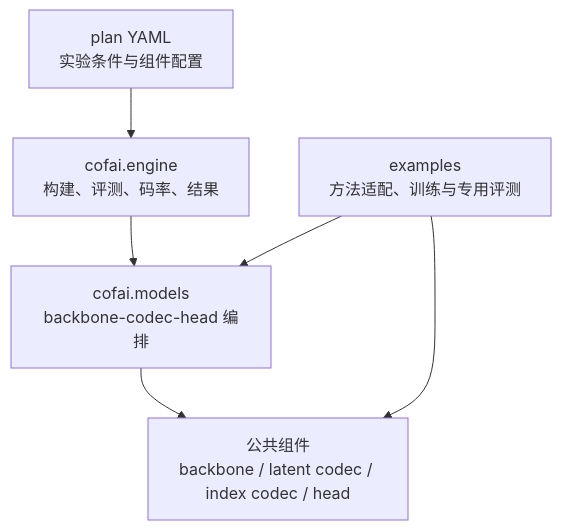
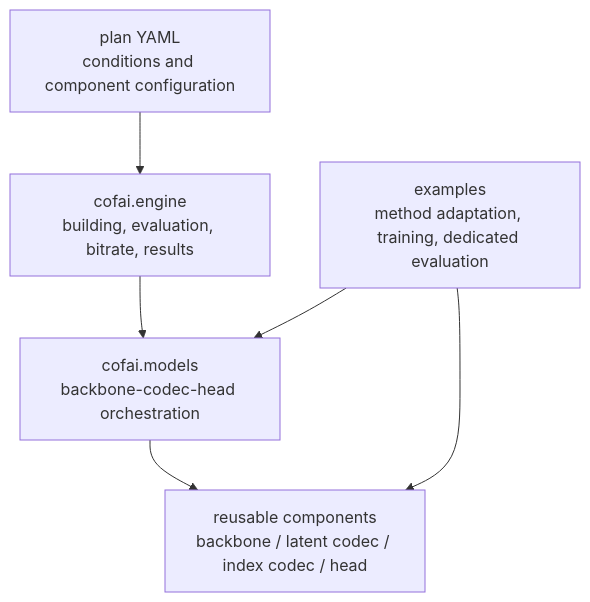
The first of 4 diagrams in docs/reference_software.md (faymek/CoFAI), drawn with Mermaid before and after one commit. The commit also changed other lines of this file and 7 other files, not shown here.

````diff
--- a/docs/reference_software.md
+++ b/docs/reference_software.md
@@ -13,12 +11,11 @@
 ```mermaid
 flowchart TB
-  P[plan YAML<br/>实验条件与组件配置]
-  E[cofai.engine<br/>构建、评测、码率、结果]
-  M[cofai.models<br/>backbone-codec-head 编排]
-  C[公共组件<br/>backbone / latent codec / index codec / head]
-  X[examples<br/>方法适配、训练与专用评测]
-
+  P[plan YAML<br/>conditions and component configuration]
+  E[cofai.engine<br/>building, evaluation, bitrate, results]
+  M[cofai.models<br/>backbone-codec-head orchestration]
+  C[reusable components<br/>backbone / latent codec / index codec / head]
+  X[examples<br/>method adaptation, training, dedicated evaluation]
   P --> E --> M --> C
   X --> M
   X --> C
 ```
````
